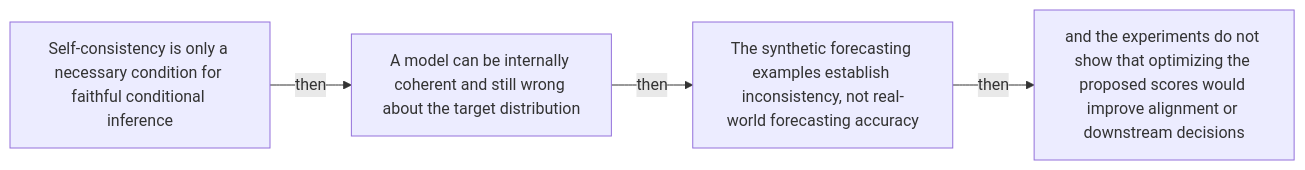
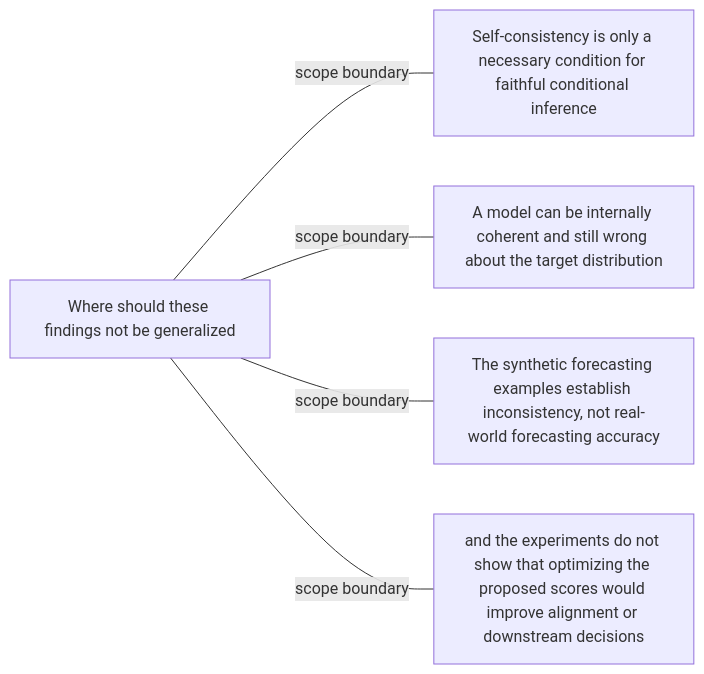
Diagram 42 of 48 in docs/visual-manifests/VISUAL_MANIFEST_PARTITION_PROMPT_AGGREGATE.md (Betancourt1/paper_atlas), drawn with Mermaid before and after one commit. The commit also changed other lines of this file and 7 other files, not shown here.

````diff
--- a/docs/visual-manifests/VISUAL_MANIFEST_PARTITION_PROMPT_AGGREGATE.md
+++ b/docs/visual-manifests/VISUAL_MANIFEST_PARTITION_PROMPT_AGGREGATE.md
@@ -3384,10 +3391,12 @@
 ```mermaid
 flowchart LR
-  n1["Self-consistency is only a necessary condition for faithful conditional inference"]
-  n2["A model can be internally coherent and still wrong about the target distribution"]
-  n3["The synthetic forecasting examples establish inconsistency, not real-world forecasting accuracy"]
-  n4["and the experiments do not show that optimizing the proposed scores would improve alignment or downstream decisions"]
-  n1 -->|"then"| n2
-  n2 -->|"then"| n3
-  n3 -->|"then"| n4
+  center["Where should these findings not be generalized"]
+  f1["Self-consistency is only a necessary condition for faithful conditional inference"]
+  f2["A model can be internally coherent and still wrong about the target distribution"]
+  f3["The synthetic forecasting examples establish inconsistency, not real-world forecasting accuracy"]
+  f4["and the experiments do not show that optimizing the proposed scores would improve alignment or downstream decisions"]
+  center ---|"scope boundary"| f1
+  center ---|"scope boundary"| f2
+  center ---|"scope boundary"| f3
+  center ---|"scope boundary"| f4
 ```
````
